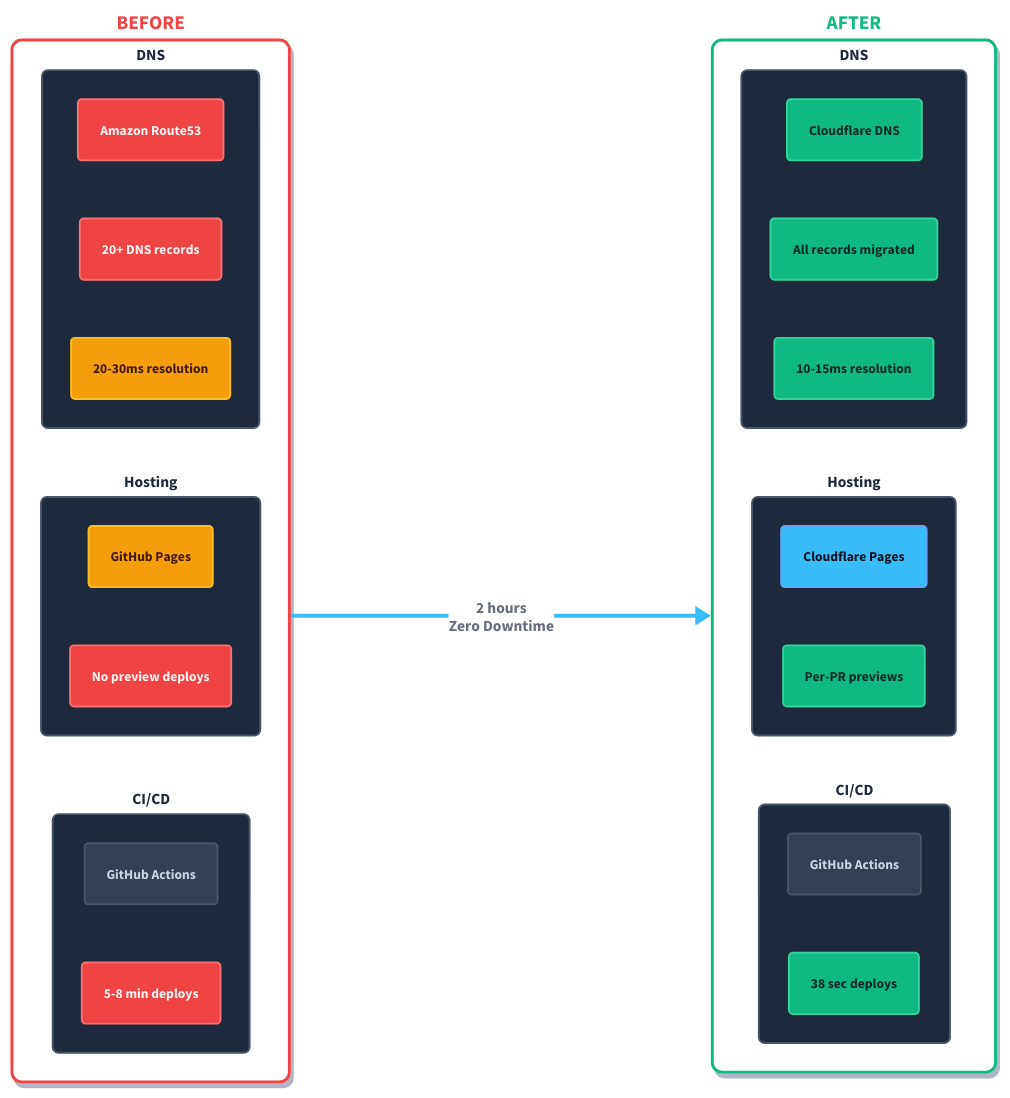
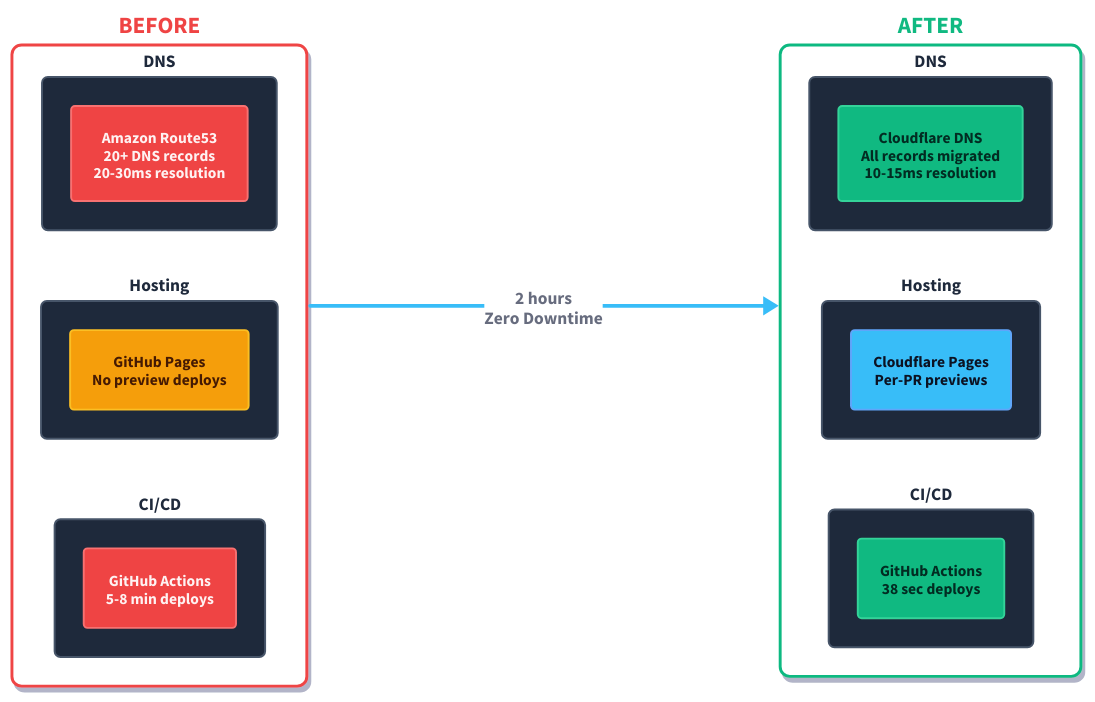
One commit to clouatre-labs/clouatre.ca changed the diagram in diagrams/infrastructure-comparison.d2. Above: the diagram before and after it, drawn with D2. The commit also changed 1 other file, not shown here.

Commit message:
refactor(diagrams): simplify infrastructure comparison for better readability
- Increase font sizes: titles 24px, sections 18px, items 16px
- Consolidate info into single boxes (was 3-6 boxes, now 3 total)
- DNS: 'Amazon Route53 + 20+ records + 20-30ms' in one box
- Hosting: 'GitHub Pages + No previews' in one box
- CI/CD: 'GitHub Actions + 5-8min deploys' in one box
- Result: Cleaner, more scannable, easier to compare

Matches workflow diagram simplification - bigger fonts, less clutter.

```diff
--- a/diagrams/infrastructure-comparison.d2
+++ b/diagrams/infrastructure-comparison.d2
@@ -10,7 +10,7 @@
     font-color: "#ef4444"
     border-radius: 10
     shadow: true
-    font-size: 20
+    font-size: 24
     bold: true
   }
   
@@ -20,38 +20,18 @@
       stroke: "#475569"
       font-color: "#1e293b"
       border-radius: 6
-      font-size: 16
+      font-size: 18
       bold: true
     }
     
-    dns1: Amazon Route53 {
+    dns1: Amazon Route53\n20+ DNS records\n20-30ms resolution {
       style: {
         fill: "#ef4444"
         stroke: "#f87171"
         font-color: "#fef2f2"
         border-radius: 4
-        font-size: 14
+        font-size: 16
         bold: true
-      }
-    }
-    
-    dns2: 20+ DNS records {
-      style: {
-        fill: "#ef4444"
-        stroke: "#f87171"
-        font-color: "#fef2f2"
-        border-radius: 4
-        font-size: 14
-      }
-    }
-    
-    dns3: 20-30ms resolution {
-      style: {
-        fill: "#f59e0b"
-        stroke: "#fbbf24"
-        font-color: "#451a03"
-        border-radius: 4
-        font-size: 14
       }
     }
   }
@@ -62,28 +42,18 @@
       stroke: "#475569"
       font-color: "#1e293b"
       border-radius: 6
-      font-size: 16
+      font-size: 18
       bold: true
     }
     
-    host1: GitHub Pages {
+    host1: GitHub Pages\nNo preview deploys {
       style: {
         fill: "#f59e0b"
         stroke: "#fbbf24"
         font-color: "#451a03"
         border-radius: 4
-        font-size: 14
+        font-size: 16
         bold: true
-      }
-    }
-    
-    host2: No preview deploys {
-      style: {
-        fill: "#ef4444"
-        stroke: "#f87171"
-        font-color: "#fef2f2"
-        border-radius: 4
-        font-size: 14
       }
     }
   }
@@ -94,27 +64,17 @@
       stroke: "#475569"
       font-color: "#1e293b"
       border-radius: 6
-      font-size: 16
+      font-size: 18
       bold: true
     }
     
-    cicd1: GitHub Actions {
-      style: {
-        fill: "#334155"
-        stroke: "#475569"
-        font-color: "#cbd5e1"
-        border-radius: 4
-        font-size: 14
-      }
-    }
-    
-    cicd2: 5-8 min deploys {
+    cicd1: GitHub Actions\n5-8 min deploys {
       style: {
         fill: "#ef4444"
         stroke: "#f87171"
         font-color: "#fef2f2"
         border-radius: 4
-        font-size: 14
+        font-size: 16
         bold: true
       }
     }
@@ -129,7 +89,7 @@
     font-color: "#10b981"
     border-radius: 10
     shadow: true
-    font-size: 20
+    font-size: 24
     bold: true
   }
   
@@ -139,38 +99,18 @@
       stroke: "#475569"
       font-color: "#1e293b"
       border-radius: 6
-      font-size: 16
+      font-size: 18
       bold: true
     }
     
-    dns1: Cloudflare DNS {
+    dns1: Cloudflare DNS\nAll records migrated\n10-15ms resolution {
       style: {
         fill: "#10b981"
         stroke: "#34d399"
         font-color: "#022c22"
         border-radius: 4
-        font-size: 14
+        font-size: 16
         bold: true
-      }
-    }
-    
-    dns2: All records migrated {
-      style: {
-        fill: "#10b981"
-        stroke: "#34d399"
-        font-color: "#022c22"
-        border-radius: 4
-        font-size: 14
-      }
-    }
-    
-    dns3: 10-15ms resolution {
-      style: {
-        fill: "#10b981"
-        stroke: "#34d399"
-        font-color: "#022c22"
-        border-radius: 4
-        font-size: 14
       }
     }
   }
@@ -181,28 +121,18 @@
       stroke: "#475569"
       font-color: "#1e293b"
       border-radius: 6
-      font-size: 16
+      font-size: 18
       bold: true
     }
     
-    host1: Cloudflare Pages {
+    host1: Cloudflare Pages\nPer-PR previews {
       style: {
         fill: "#38bdf8"
         stroke: "#60a5fa"
         font-color: "#0c1222"
         border-radius: 4
-        font-size: 14
+        font-size: 16
         bold: true
-      }
-    }
-    
-    host2: Per-PR previews {
-      style: {
-        fill: "#10b981"
-        stroke: "#34d399"
-        font-color: "#022c22"
-        border-radius: 4
-        font-size: 14
       }
     }
   }
@@ -213,27 +143,17 @@
       stroke: "#475569"
       font-color: "#1e293b"
       border-radius: 6
-      font-size: 16
+      font-size: 18
       bold: true
     }
     
-    cicd1: GitHub Actions {
-      style: {
-        fill: "#334155"
-        stroke: "#475569"
-        font-color: "#cbd5e1"
-        border-radius: 4
-        font-size: 14
-      }
-    }
-    
-    cicd2: 38 sec deploys {
+    cicd1: GitHub Actions\n38 sec deploys {
       style: {
         fill: "#10b981"
         stroke: "#34d399"
         font-color: "#022c22"
         border-radius: 4
-        font-size: 14
+        font-size: 16
         bold: true
       }
     }
@@ -245,7 +165,7 @@
   style: {
     stroke: "#38bdf8"
     stroke-width: 4
-    font-size: 16
+    font-size: 18
     bold: true
   }
 }
```
